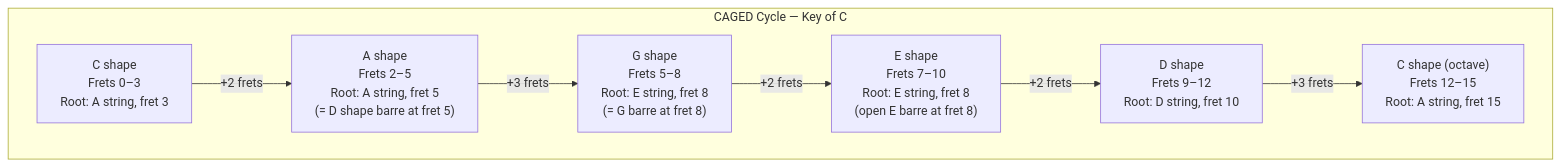
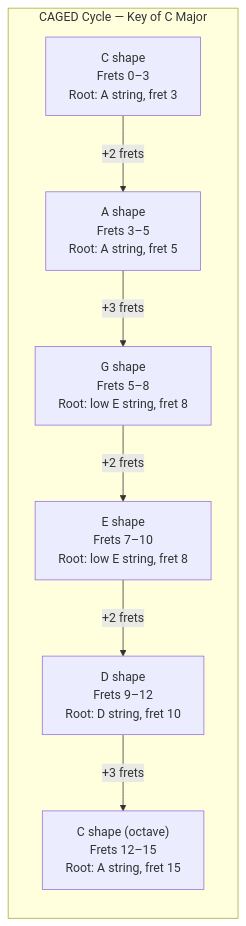
Before and after one commit to blebleblee/synapse: the first of 3 diagrams in topics/arts/music_performance/electric_guitar/lesson_01_fretboard_navigation_and_caged_system.md, drawn with Mermaid. The commit also changed other lines of this file and 3 other files, not shown here.

````diff
--- a/topics/arts/music_performance/electric_guitar/lesson_01_fretboard_navigation_and_caged_system.md
+++ b/topics/arts/music_performance/electric_guitar/lesson_01_fretboard_navigation_and_caged_system.md
@@ -421,17 +358,18 @@
 ```mermaid
 flowchart TB
-    subgraph sub_caged_cycle___key_of_c ["CAGED Cycle — Key of C"]
+    subgraph sub_caged_key_c ["CAGED Cycle — Key of C Major"]
+        direction TB
         C1["C shape\nFrets 0–3\nRoot: A string, fret 3"]
-        A1["A shape\nFrets 2–5\nRoot: A string, fret 5\n(= D shape barre at fret 5)"]
-        G1["G shape\nFrets 5–8\nRoot: E string, fret 8\n(= G barre at fret 8)"]
-        E1["E shape\nFrets 7–10\nRoot: E string, fret 8\n(open E barre at fret 8)"]
+        A1["A shape\nFrets 3–5\nRoot: A string, fret 5"]
+        G1["G shape\nFrets 5–8\nRoot: low E string, fret 8"]
+        E1["E shape\nFrets 7–10\nRoot: low E string, fret 8"]
         D1["D shape\nFrets 9–12\nRoot: D string, fret 10"]
         C2["C shape (octave)\nFrets 12–15\nRoot: A string, fret 15"]
 
         C1 -->|"+2 frets"| A1
         A1 -->|"+3 frets"| G1
         G1 -->|"+2 frets"| E1
         E1 -->|"+2 frets"| D1
         D1 -->|"+3 frets"| C2
     end
 ```
````
